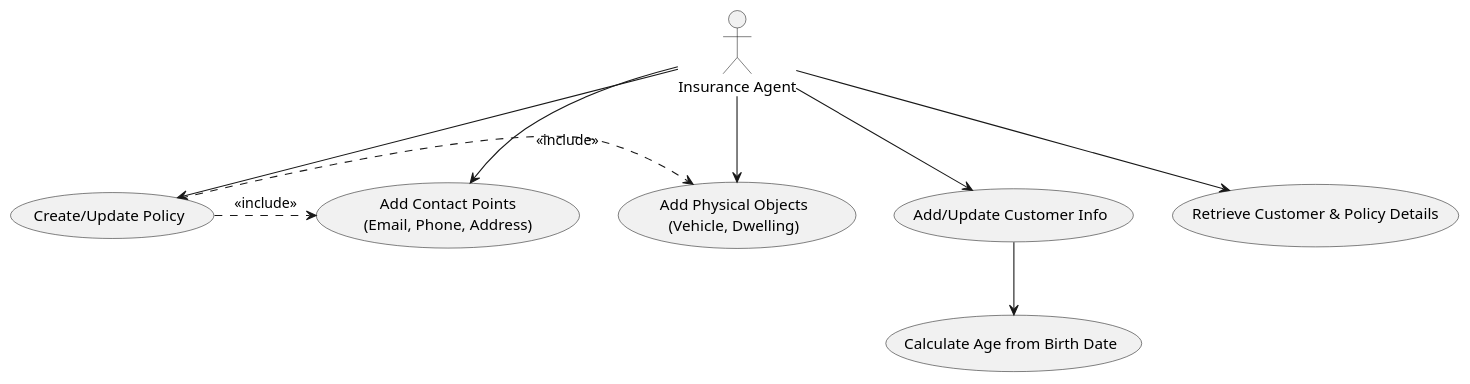
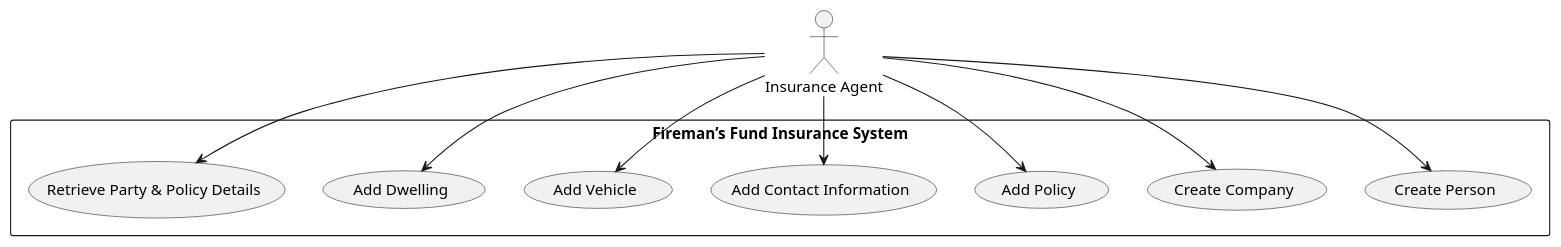
One commit to RayWP/pfsa-id changed the diagram in survey-ud/gen-nr-nent-o3-mini/R39_Insurance_class_diagram.puml. Above: the diagram before and after it, drawn with PlantUML. The commit also changed 7 other files, not shown here.

```diff
--- a/survey-ud/gen-nr-nent-o3-mini/R39_Insurance_class_diagram.puml
+++ b/survey-ud/gen-nr-nent-o3-mini/R39_Insurance_class_diagram.puml
@@ -1,23 +1,21 @@
 @startuml
 actor "Insurance Agent" as Agent
 
-usecase "Add/Update Customer Info" as UC_Customer
-usecase "Create/Update Policy" as UC_Policy
-usecase "Add Contact Points\n(Email, Phone, Address)" as UC_Contact
-usecase "Add Physical Objects\n(Vehicle, Dwelling)" as UC_Physical
-usecase "Retrieve Customer & Policy Details" as UC_Retrieve
-usecase "Calculate Age from Birth Date" as UC_CalcAge
+rectangle "Fireman’s Fund Insurance System" {
+  (Create Person)
+  (Create Company)
+  (Add Policy)
+  (Add Contact Information)
+  (Add Vehicle)
+  (Add Dwelling)
+  (Retrieve Party & Policy Details)
+}
 
-Agent --> UC_Customer
-Agent --> UC_Policy
-Agent --> UC_Contact
-Agent --> UC_Physical
-Agent --> UC_Retrieve
-
-UC_Customer --> UC_CalcAge
-
-' Include relationships showing that adding/updating policies includes managing its details
-UC_Policy .> UC_Contact : <<include>>
-UC_Policy .> UC_Physical : <<include>>
-
+Agent --> (Create Person)
+Agent --> (Create Company)
+Agent --> (Add Policy)
+Agent --> (Add Contact Information)
+Agent --> (Add Vehicle)
+Agent --> (Add Dwelling)
+Agent --> (Retrieve Party & Policy Details)
 @enduml
```
